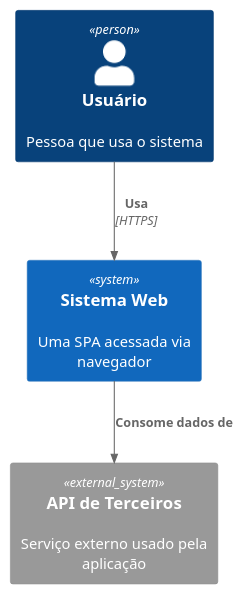
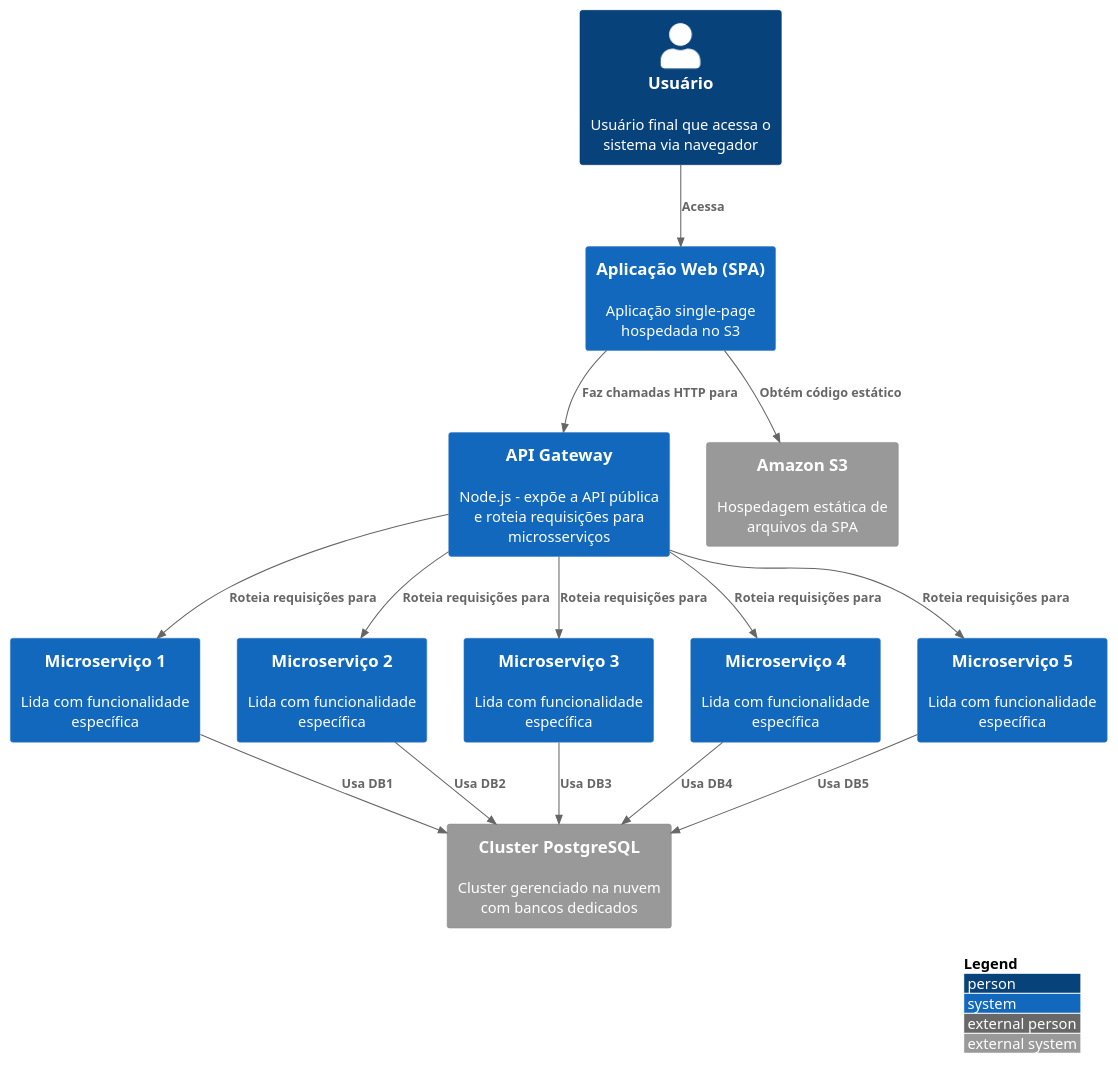
One commit to tiagodevweb/c4model changed the diagram in diagrams/context.puml. Above: the diagram before and after it, drawn with PlantUML. The commit also changed 1 other file, not shown here.

Commit message:
updated diagrams

```diff
--- a/diagrams/context.puml
+++ b/diagrams/context.puml
@@ -1,12 +1,34 @@
 @startuml C4_Context
-!includeurl https://raw.githubusercontent.com/RicardoNiepel/C4-PlantUML/master/C4_Context.puml
+!includeurl https://raw.githubusercontent.com/plantuml-stdlib/C4-PlantUML/master/C4_Context.puml
 
-Person(user, "Usuário", "Pessoa que usa o sistema")
-System(spa_system, "Sistema Web", "Uma SPA acessada via navegador")
+LAYOUT_WITH_LEGEND()
 
-System_Ext(api_external, "API de Terceiros", "Serviço externo usado pela aplicação")
+Person(user, "Usuário", "Usuário final que acessa o sistema via navegador")
 
-Rel(user, spa_system, "Usa", "HTTPS")
-Rel(spa_system, api_external, "Consome dados de")
+System(spa, "Aplicação Web (SPA)", "Aplicação single-page hospedada no S3")
+System(api, "API Gateway", "Node.js - expõe a API pública e roteia requisições para microsserviços")
+System_Ext(s3, "Amazon S3", "Hospedagem estática de arquivos da SPA")
+System_Ext(dbCluster, "Cluster PostgreSQL", "Cluster gerenciado na nuvem com bancos dedicados")
+
+System(ms1, "Microserviço 1", "Lida com funcionalidade específica")
+System(ms2, "Microserviço 2", "Lida com funcionalidade específica")
+System(ms3, "Microserviço 3", "Lida com funcionalidade específica")
+System(ms4, "Microserviço 4", "Lida com funcionalidade específica")
+System(ms5, "Microserviço 5", "Lida com funcionalidade específica")
+
+Rel(user, spa, "Acessa")
+Rel(spa, s3, "Obtém código estático")
+Rel(spa, api, "Faz chamadas HTTP para")
+Rel(api, ms1, "Roteia requisições para")
+Rel(api, ms2, "Roteia requisições para")
+Rel(api, ms3, "Roteia requisições para")
+Rel(api, ms4, "Roteia requisições para")
+Rel(api, ms5, "Roteia requisições para")
+
+Rel(ms1, dbCluster, "Usa DB1")
+Rel(ms2, dbCluster, "Usa DB2")
+Rel(ms3, dbCluster, "Usa DB3")
+Rel(ms4, dbCluster, "Usa DB4")
+Rel(ms5, dbCluster, "Usa DB5")
 
 @enduml
```
